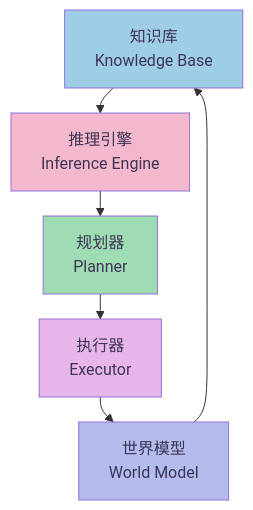
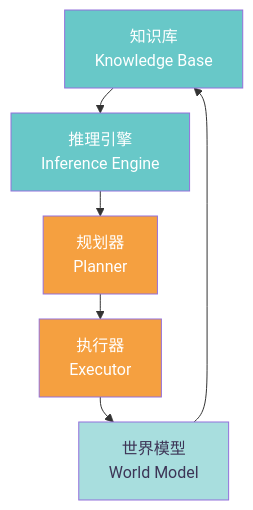
One commit to caoping0623/caoping0623.github.io changed the second of 12 diagrams in _posts/2026-04-15-ai-agent.md. Above: the diagram before and after it, drawn with Mermaid. The commit also changed other lines of this file and 1 other file, not shown here.

First line of the commit message:
Update flowchart color scheme to match reference: teal/orange nodes, lavender arrows, pink subgraph containers

```diff
--- a/_posts/2026-04-15-ai-agent.md
+++ b/_posts/2026-04-15-ai-agent.md
@@ -83,15 +83,15 @@
 <div class="mermaid">
 %%{init: {'flowchart': {'rankSpacing': 25, 'nodeSpacing': 15}}}%%
 graph TB
     KB[知识库<br/>Knowledge Base] --> IE[推理引擎<br/>Inference Engine]
     IE --> P[规划器<br/>Planner]
     P --> E[执行器<br/>Executor]
     E --> W[世界模型<br/>World Model]
     W --> KB
 
-    style KB fill:#9ecde8,color:#3d3556
-    style IE fill:#f4b8cc,color:#3d3556
-    style P fill:#9edcb4,color:#3d3556
-    style E fill:#e8b5e8,color:#3d3556
-    style W fill:#b4bcee,color:#3d3556
+    style KB fill:#68c8c8,color:#ffffff
+    style IE fill:#68c8c8,color:#ffffff
+    style P fill:#f5a040,color:#ffffff
+    style E fill:#f5a040,color:#ffffff
+    style W fill:#a8dede,color:#3d3556
 </div>
```
